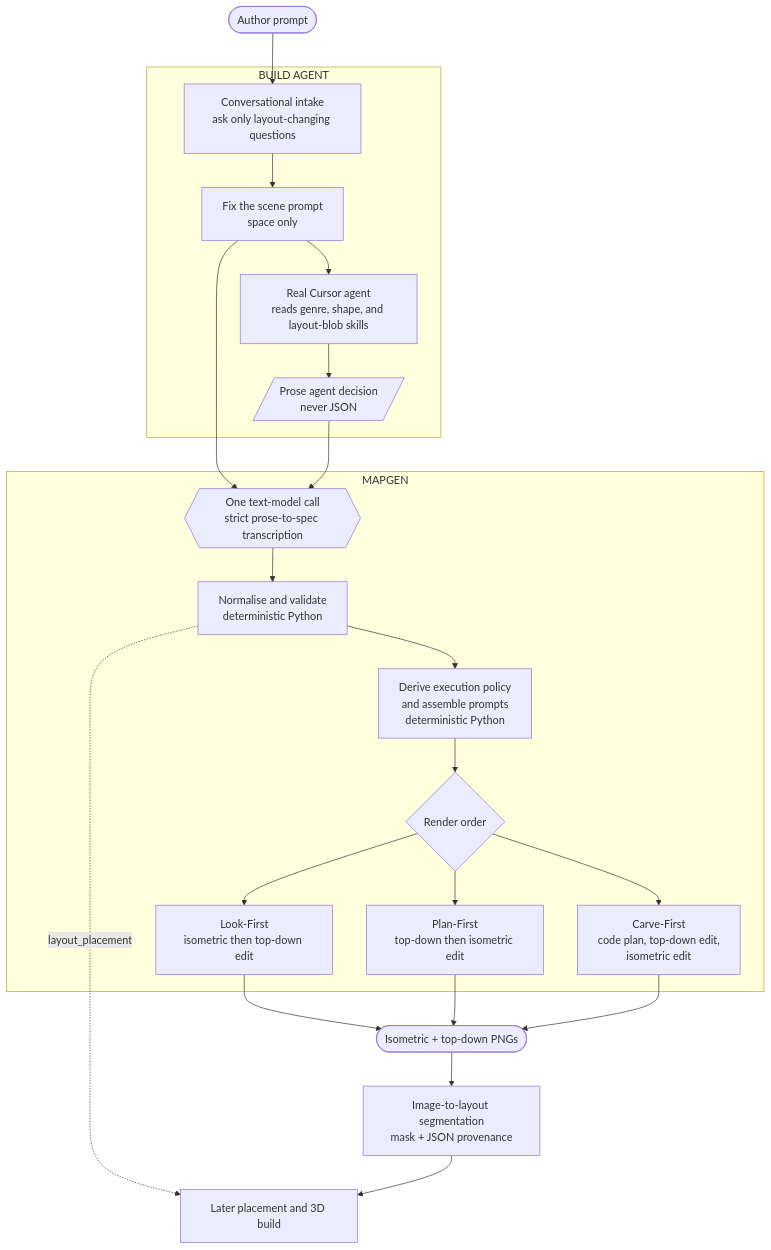
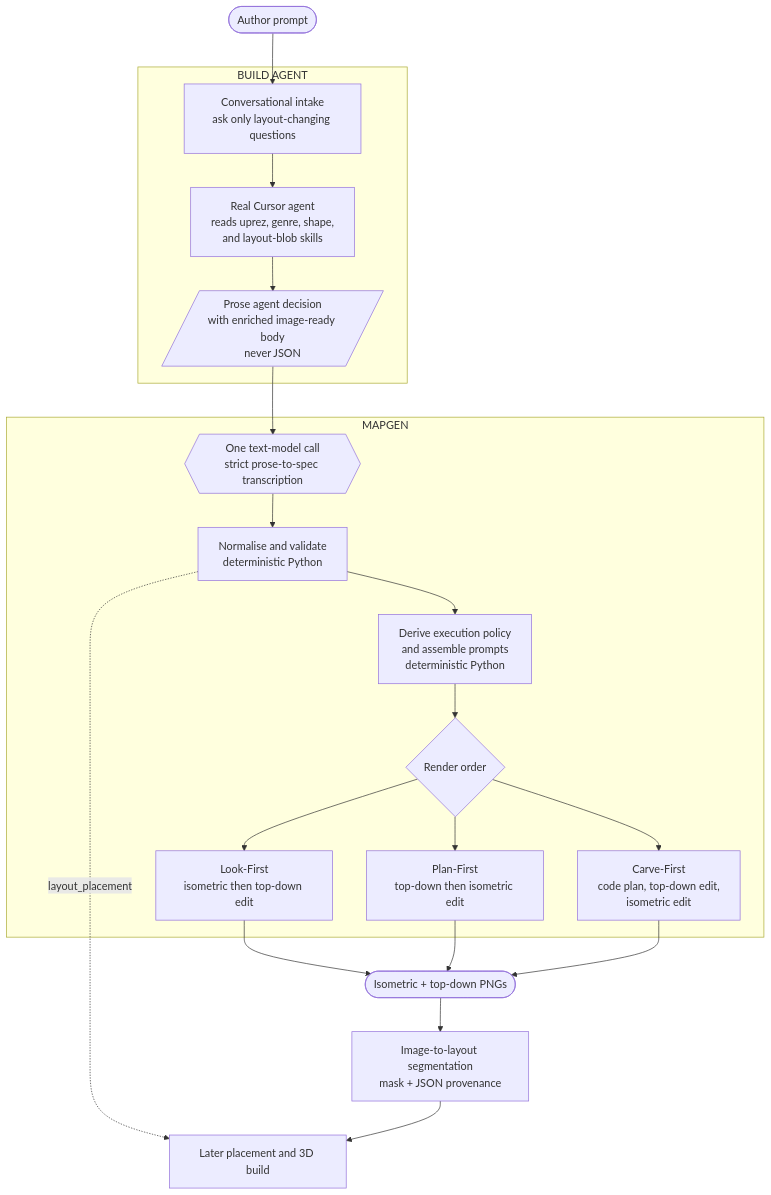
The diagram in docs/layoutgen-pipeline-overview.md (elaineh-rbx/genre_specific_layout_generator), drawn with Mermaid before and after one commit. The commit also changed other lines of this file and 1901 other files, not shown here.

````diff
--- a/docs/layoutgen-pipeline-overview.md
+++ b/docs/layoutgen-pipeline-overview.md
@@ -82,39 +77,37 @@
 ```mermaid
 flowchart TD
     U([Author prompt])
 
     subgraph BA["BUILD AGENT"]
         I["Conversational intake<br/>ask only layout-changing questions"]
-        S["Fix the scene prompt<br/>space only"]
-        A["Real Cursor agent<br/>reads genre, shape, and layout-blob skills"]
-        P[/"Prose agent decision<br/>never JSON"/]
-        I --> S --> A --> P
+        A["Real Cursor agent<br/>reads uprez, genre, shape,<br/>and layout-blob skills"]
+        P[/"Prose agent decision<br/>with enriched image-ready body<br/>never JSON"/]
+        I --> A --> P
     end
 
     U --> I
 
     subgraph MG["MAPGEN"]
         T{{"One text-model call<br/>strict prose-to-spec transcription"}}
         N["Normalise and validate<br/>deterministic Python"]
         M["Derive execution policy<br/>and assemble prompts<br/>deterministic Python"]
         O{"Render order"}
         STD["Look-First<br/>isometric then top-down edit"]
         P6["Plan-First<br/>top-down then isometric edit"]
         LAY["Carve-First<br/>code plan, top-down edit,<br/>isometric edit"]
         T --> N --> M --> O
         O --> STD
         O --> P6
         O --> LAY
     end
 
-    S --> T
     P --> T
 
     STD --> R([Isometric + top-down PNGs])
     P6 --> R
     LAY --> R
 
     R --> SEG["Image-to-layout segmentation<br/>mask + JSON provenance"]
     N -.->|"layout_placement"| BUILD["Later placement and 3D build"]
     SEG --> BUILD
 ```
````
